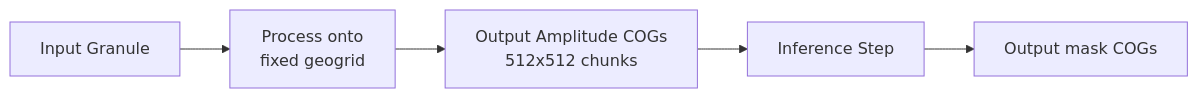
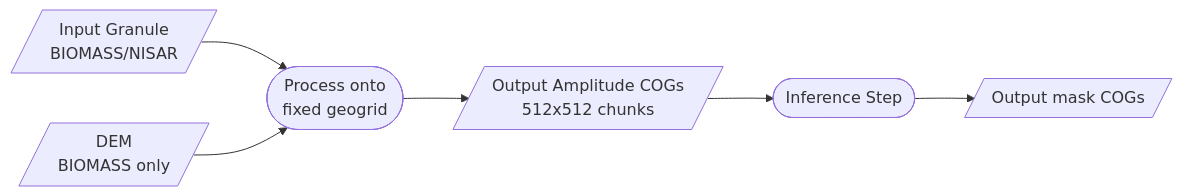
Before and after one commit to nemo794/rift: the third of 3 diagrams in docs/PIPELINE.md, drawn with Mermaid.

Commit message:
Use correct flowchart shapes and add DEM input to diagram
- Use parallelograms for file inputs/outputs (Input Granule, DEM, COGs)
- Use stadium shapes for process steps (Process onto fixed geogrid, Inference)
- Add DEM as second input file (BIOMASS only) to processing step
- Clarify Input Granule is from BIOMASS/NISAR sensors

````diff
--- a/docs/PIPELINE.md
+++ b/docs/PIPELINE.md
@@ -44,7 +44,8 @@
 ```mermaid
 flowchart LR
-    G[Input Granule] --> P[Process onto<br/>fixed geogrid]
-    P --> A[Output Amplitude COGs<br/>512x512 chunks]
-    A --> I[Inference Step]
-    I --> M[Output mask COGs]
+    G[/Input Granule<br/>BIOMASS/NISAR/] --> P([Process onto<br/>fixed geogrid])
+    DEM[/DEM<br/>BIOMASS only/] --> P
+    P --> A[/Output Amplitude COGs<br/>512x512 chunks/]
+    A --> I([Inference Step])
+    I --> M[/Output mask COGs/]
 ```
````
